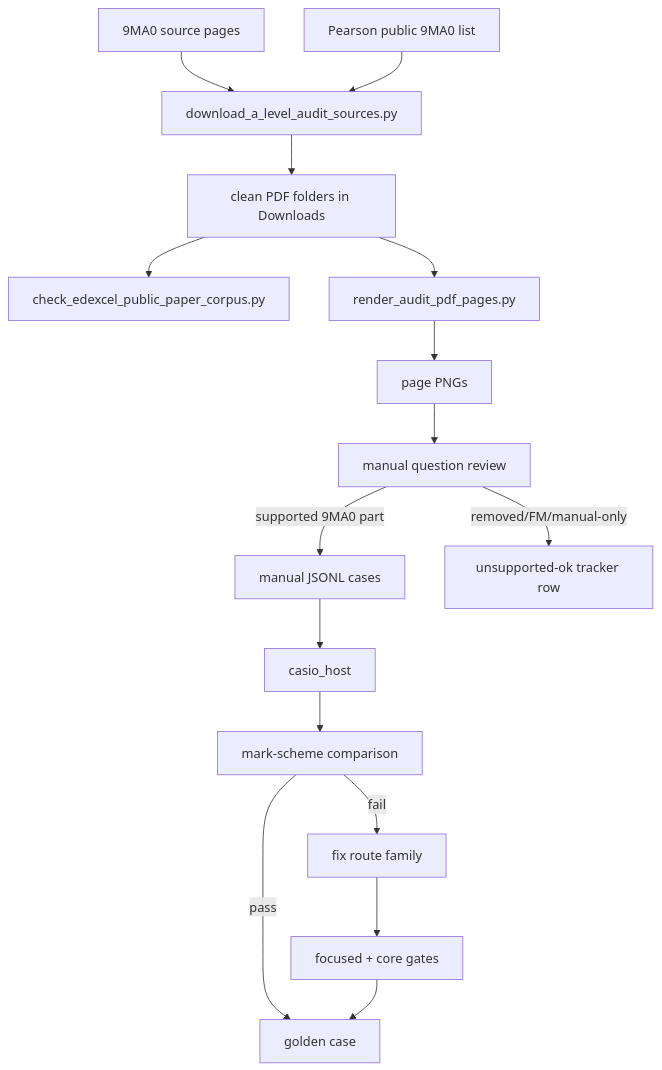
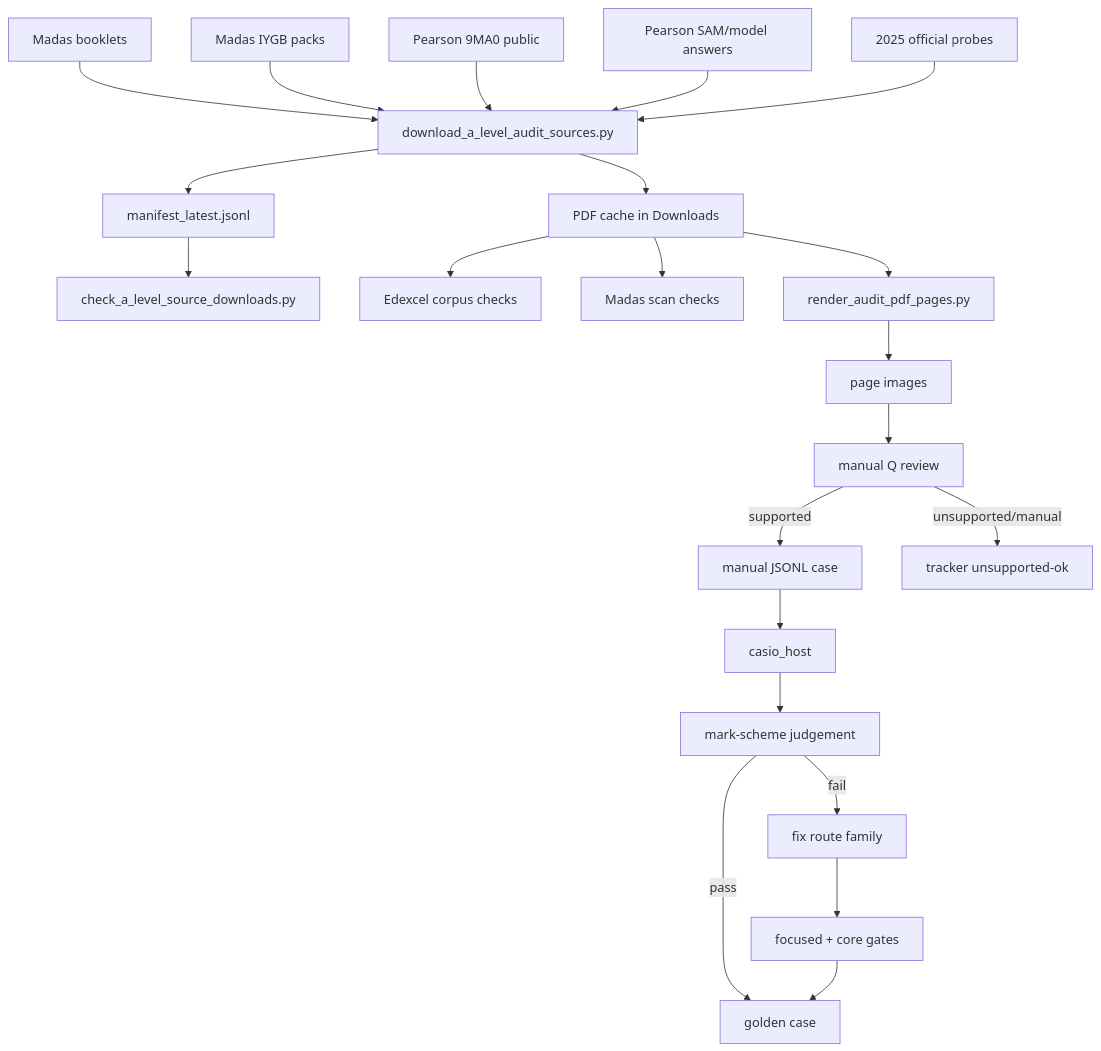
Before and after one commit to james8464/notes-addin-casio-fx-cg50: the diagram in c++/tools/golden/a_level_audit_graph.md, drawn with Mermaid. The commit also changed 3 other files, not shown here.

Commit message:
Expand A-level audit source downloads

````diff
--- a/c++/tools/golden/a_level_audit_graph.md
+++ b/c++/tools/golden/a_level_audit_graph.md
@@ -3,18 +3,24 @@
 ```mermaid
 graph TD
-  S["9MA0 source pages"] --> D["download_a_level_audit_sources.py"]
-  O["Pearson public 9MA0 list"] --> D
-  D --> P["clean PDF folders in Downloads"]
-  P --> V["check_edexcel_public_paper_corpus.py"]
+  M1["Madas booklets"] --> D["download_a_level_audit_sources.py"]
+  M2["Madas IYGB packs"] --> D
+  E1["Pearson 9MA0 public"] --> D
+  E2["Pearson SAM/model answers"] --> D
+  E3["2025 official probes"] --> D
+  D --> P["PDF cache in Downloads"]
+  D --> X["manifest_latest.jsonl"]
+  X --> V["check_a_level_source_downloads.py"]
+  P --> E["Edexcel corpus checks"]
+  P --> S["Madas scan checks"]
   P --> R["render_audit_pdf_pages.py"]
-  R --> I["page PNGs"]
-  I --> M["manual question review"]
-  M -->|supported 9MA0 part| J["manual JSONL cases"]
-  M -->|removed/FM/manual-only| U["unsupported-ok tracker row"]
+  R --> I["page images"]
+  I --> Q["manual Q review"]
+  Q -->|supported| J["manual JSONL case"]
+  Q -->|unsupported/manual| U["tracker unsupported-ok"]
   J --> H["casio_host"]
-  H --> C["mark-scheme comparison"]
+  H --> C["mark-scheme judgement"]
   C -->|pass| G["golden case"]
   C -->|fail| F["fix route family"]
   F --> T["focused + core gates"]
   T --> G
 ```
````
